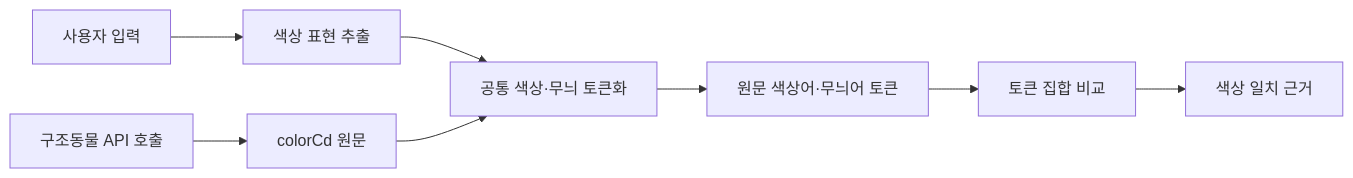
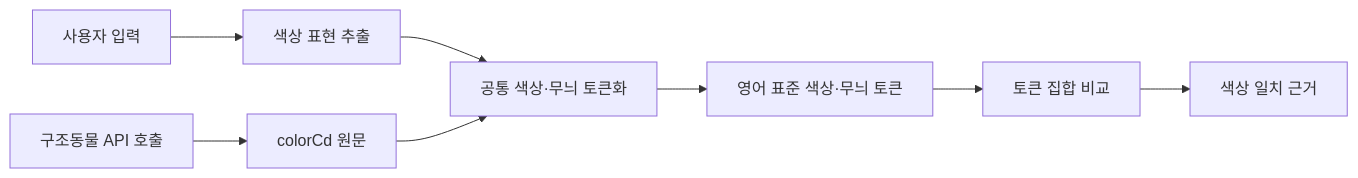
One commit to aio-03-p2-team1/aio-03-p2-team1 changed the diagram in docs/color-normalization.md. Above: the diagram before and after it, drawn with Mermaid. The commit also changed other lines of this file and 5 other files, not shown here.

````diff
--- a/docs/color-normalization.md
+++ b/docs/color-normalization.md
@@ -9,10 +9,10 @@
 ```mermaid
 flowchart LR
   U[사용자 입력] --> UN[색상 표현 추출]
   UN --> N[공통 색상·무늬 토큰화]
   A[구조동물 API 호출] --> R[colorCd 원문]
   R --> N
-  N --> T[원문 색상어·무늬어 토큰]
+  N --> T[영어 표준 색상·무늬 토큰]
   T --> M[토큰 집합 비교]
   M --> O[색상 일치 근거]
 ```
````
